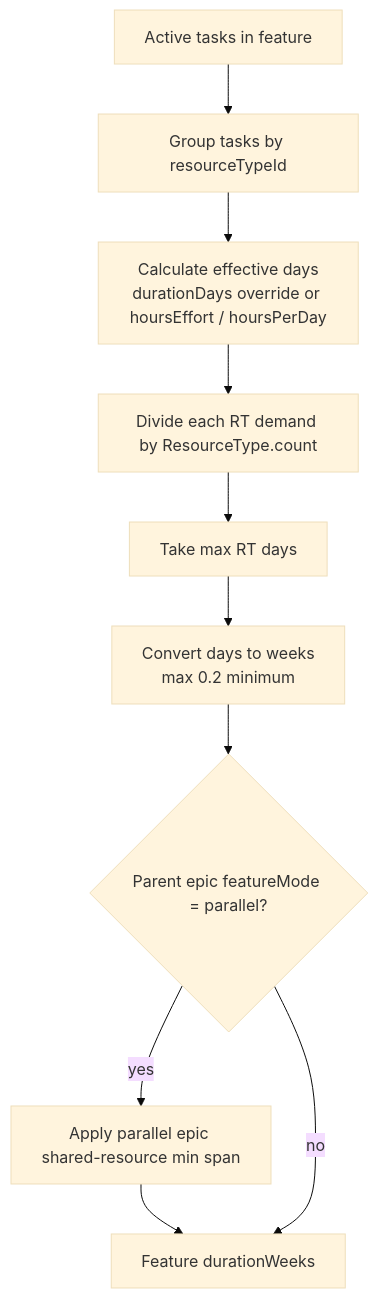
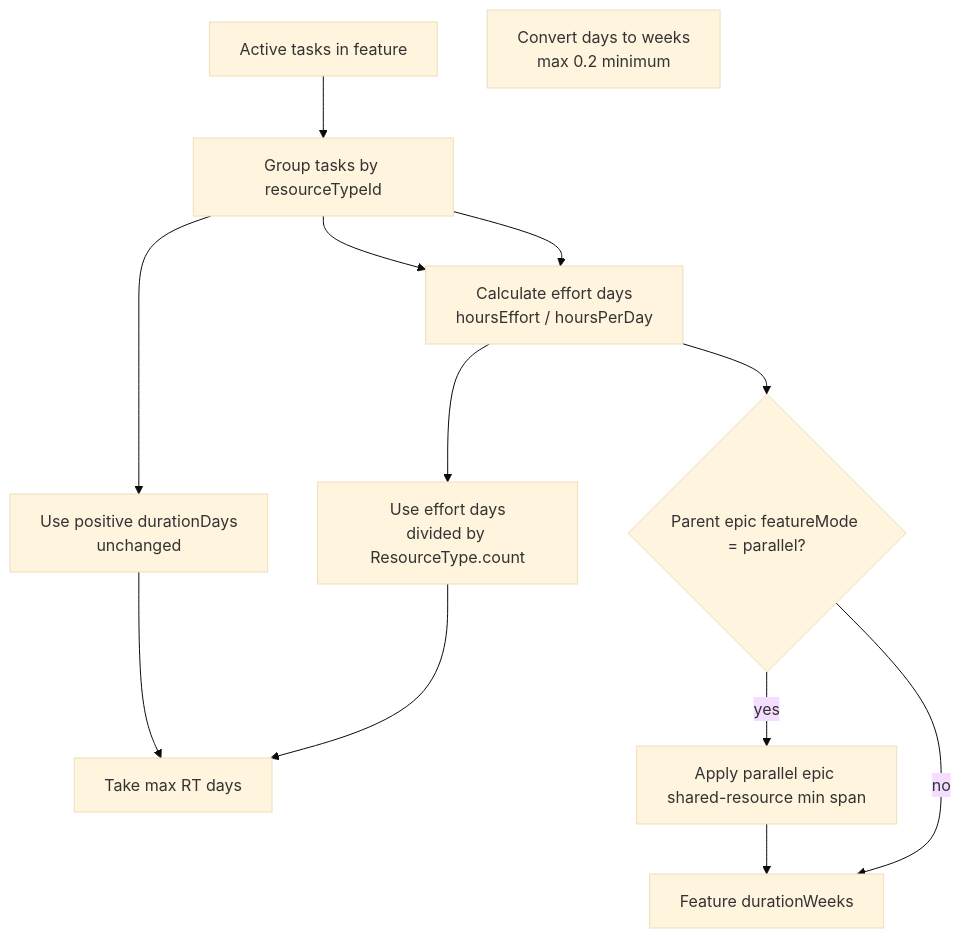
The fifth of 10 diagrams in docs/architecture/scheduling-and-resource-model.md (NickMonrad/monrad-estimator), drawn with Mermaid (base theme) before and after one commit. The commit also changed other lines of this file and 13 other files, not shown here.

First line of the commit message:
fix(#462): separate task effort from duration in scheduling demand (#465)

````diff
--- a/docs/architecture/scheduling-and-resource-model.md
+++ b/docs/architecture/scheduling-and-resource-model.md
@@ -416,16 +416,21 @@
 ```mermaid
 flowchart TD
   Tasks[Active tasks in feature]
   Group[Group tasks by resourceTypeId]
-  EffectiveDays[Calculate effective days<br/>durationDays override or hoursEffort / hoursPerDay]
-  Divide[Divide each RT demand by ResourceType.count]
+  EffortDays[Calculate effort days<br/>hoursEffort / hoursPerDay]
+  ExplicitDuration[Use positive durationDays<br/>unchanged]
+  EffortDuration[Use effort days<br/>divided by ResourceType.count]
   Bottleneck[Take max RT days]
   Weeks[Convert days to weeks<br/>max 0.2 minimum]
   Parallel{Parent epic featureMode = parallel?}
   Floor[Apply parallel epic shared-resource min span]
   Duration[Feature durationWeeks]
 
-  Tasks --> Group --> EffectiveDays --> Divide --> Bottleneck --> Weeks --> Parallel
+  Tasks --> Group
+  Group --> EffortDays
+  Group --> ExplicitDuration --> Bottleneck
+  Group --> EffortDays --> EffortDuration --> Bottleneck
+  EffortDays --> Parallel
   Parallel -- yes --> Floor --> Duration
   Parallel -- no --> Duration
 ```
````
